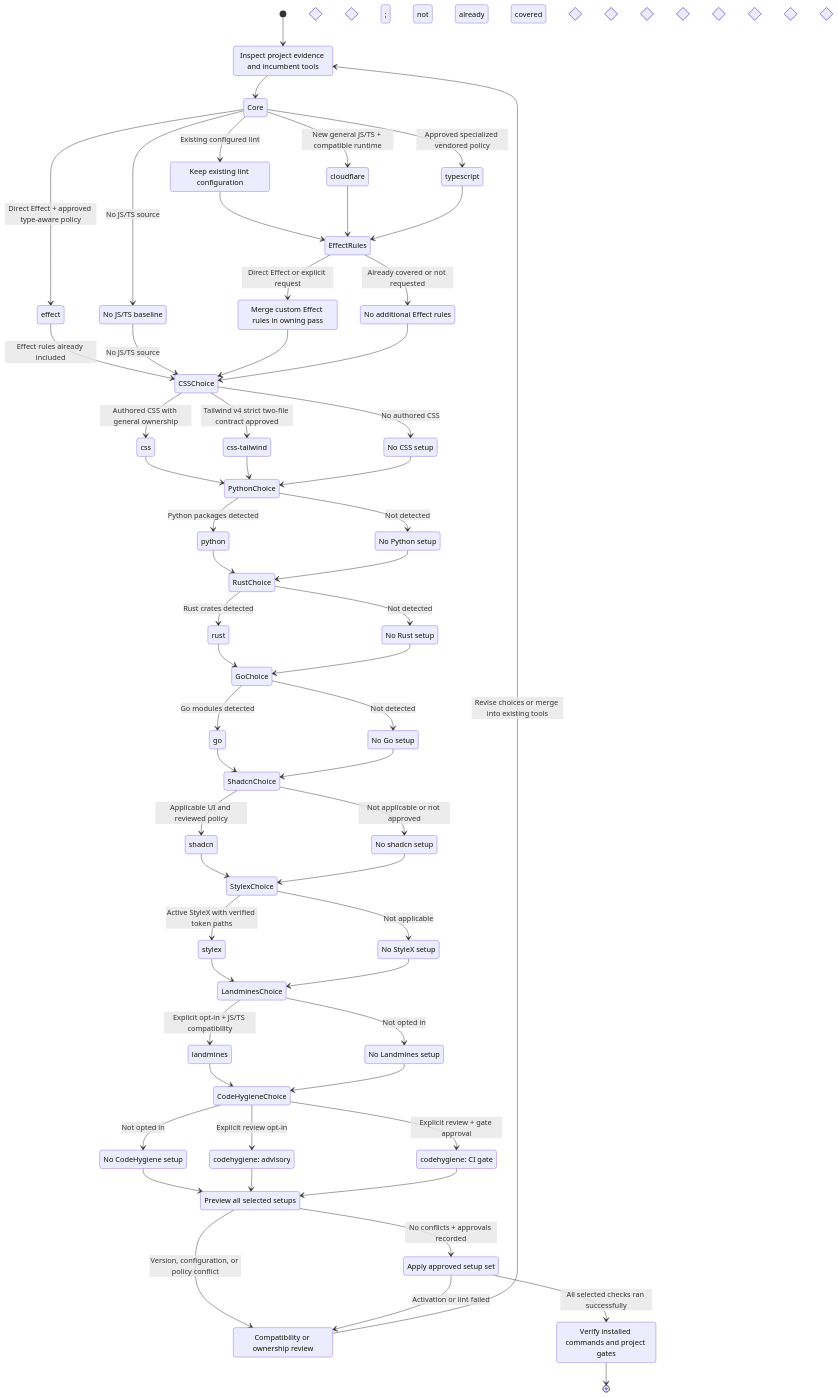
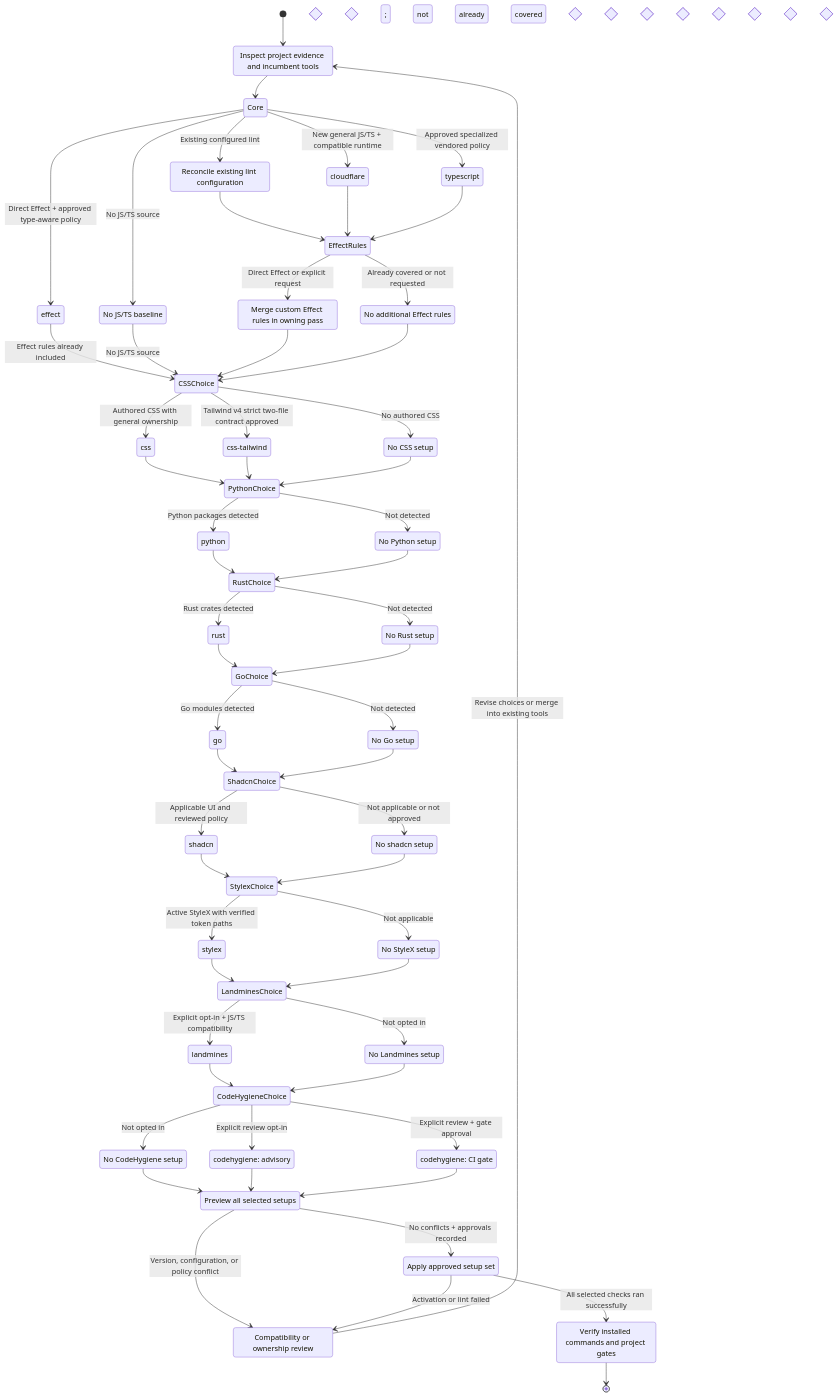
The third of 5 diagrams in docs/setup-selection-all-options.md (AcidicSoil/anti-slop), drawn with Mermaid before and after one commit. The commit also changed other lines of this file and 2 other files, not shown here.

Commit message:
docs: reconcile project setups by missing differences

```diff
--- a/docs/setup-selection-all-options.md
+++ b/docs/setup-selection-all-options.md
@@ -10,7 +147,7 @@
     state "JS/TS baseline?" as Core <<choice>>
     Inspect --> Core
 
-    state "Keep existing lint configuration" as Keep
+    state "Reconcile existing lint configuration" as Keep
     state "cloudflare" as Cloudflare
     state "typescript" as Typescript
     state "effect" as Effect
```
